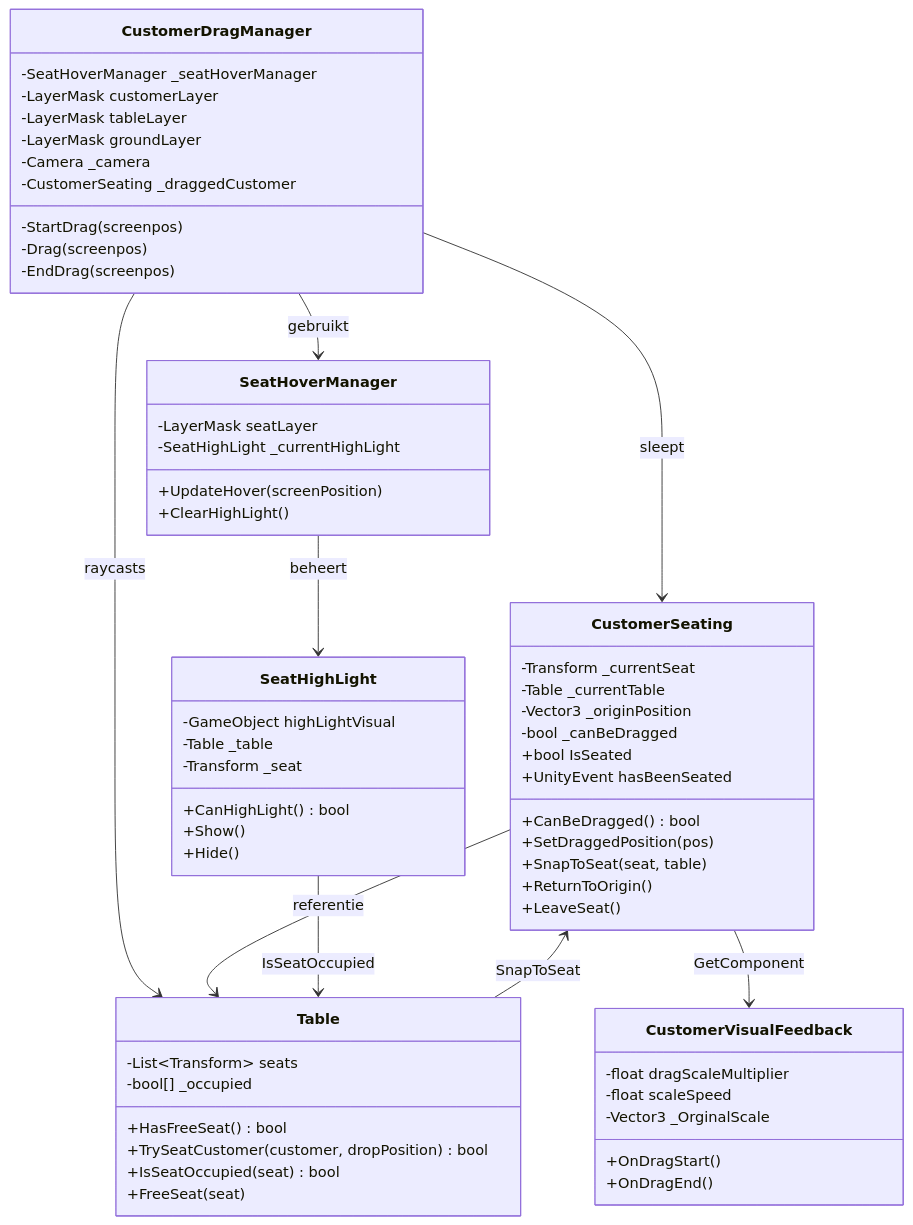
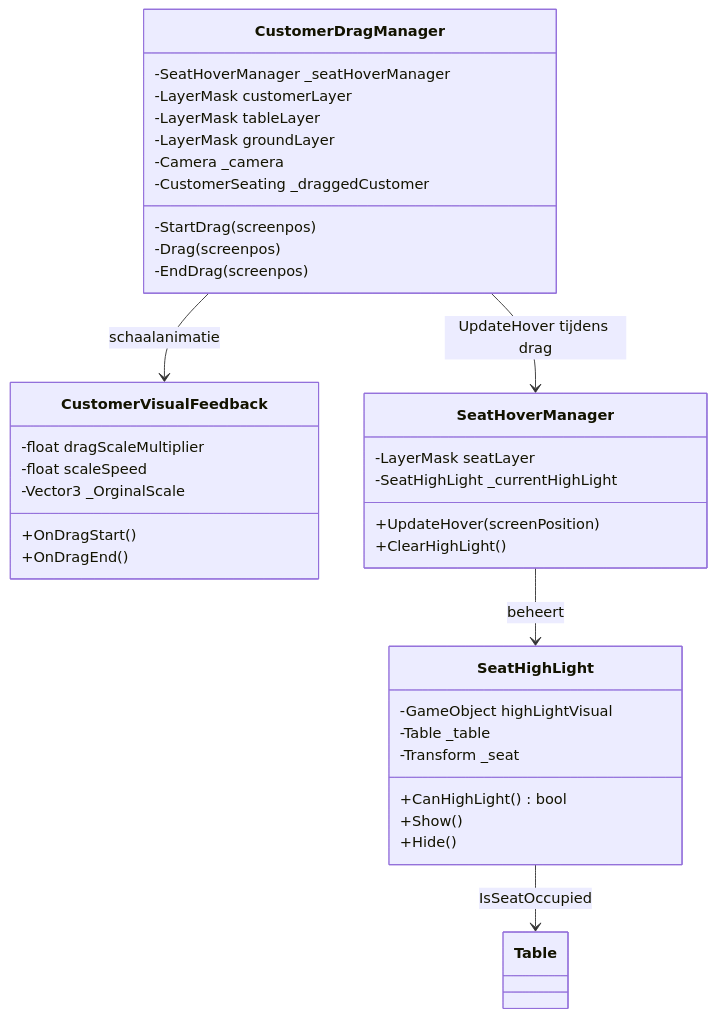
One commit to TheGingino/AlienDiner changed the ninth of 11 diagrams in README.md. Above: the diagram before and after it, drawn with Mermaid. The commit also changed other lines of this file, not shown here.

Commit message:
Update README.md
splitted customer drag en seating

````diff
--- a/README.md
+++ b/README.md
@@ -386,70 +371,43 @@
 ```mermaid
 classDiagram
     class CustomerDragManager {
         -SeatHoverManager _seatHoverManager
         -LayerMask customerLayer
         -LayerMask tableLayer
         -LayerMask groundLayer
         -Camera _camera
         -CustomerSeating _draggedCustomer
         -StartDrag(screenpos)
         -Drag(screenpos)
         -EndDrag(screenpos)
     }
 
-    class CustomerSeating {
-        -Transform _currentSeat
-        -Table _currentTable
-        -Vector3 _originPosition
-        -bool _canBeDragged
-        +bool IsSeated
-        +UnityEvent hasBeenSeated
-        +CanBeDragged() bool
-        +SetDraggedPosition(pos)
-        +SnapToSeat(seat, table)
-        +ReturnToOrigin()
-        +LeaveSeat()
-    }
-
     class CustomerVisualFeedback {
         -float dragScaleMultiplier
         -float scaleSpeed
         -Vector3 _OrginalScale
         +OnDragStart()
         +OnDragEnd()
-    }
-
-    class Table {
-        -List~Transform~ seats
-        -bool[] _occupied
-        +HasFreeSeat() bool
-        +TrySeatCustomer(customer, dropPosition) bool
-        +IsSeatOccupied(seat) bool
-        +FreeSeat(seat)
     }
 
     class SeatHoverManager {
         -LayerMask seatLayer
         -SeatHighLight _currentHighLight
         +UpdateHover(screenPosition)
         +ClearHighLight()
     }
 
     class SeatHighLight {
         -GameObject highLightVisual
         -Table _table
         -Transform _seat
         +CanHighLight() bool
         +Show()
         +Hide()
     }
 
-    CustomerDragManager --> CustomerSeating : sleept
-    CustomerDragManager --> SeatHoverManager : gebruikt
-    CustomerDragManager --> Table : raycasts
-    CustomerSeating --> Table : referentie
-    CustomerSeating --> CustomerVisualFeedback : GetComponent
+    CustomerDragManager --> CustomerVisualFeedback : schaalanimatie
+    CustomerDragManager --> SeatHoverManager : UpdateHover tijdens drag
     SeatHoverManager --> SeatHighLight : beheert
     SeatHighLight --> Table : IsSeatOccupied
-    Table --> CustomerSeating : SnapToSeat
 ```
````
